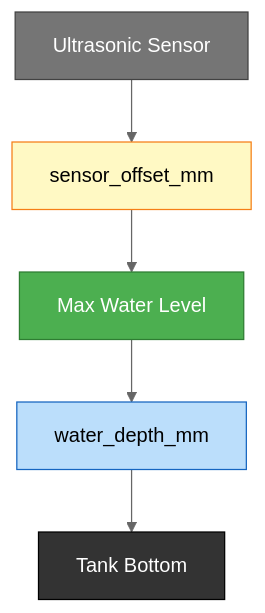
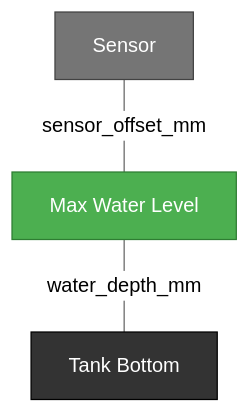
Before and after one commit to AHoran/esphome-templates: the diagram in README.md, drawn with Mermaid (neutral theme). The commit also changed other lines of this file, not shown here.

Commit message:
docs: update measurement diagram for clarity and accuracy

````diff
--- a/README.md
+++ b/README.md
@@ -123,19 +122,9 @@
 ```mermaid
-graph TD
-    S[Ultrasonic Sensor]
-    SO[sensor_offset_mm]
-    FL[Max Water Level]
-    WD[water_depth_mm]
-    TB[Tank Bottom]
-    
-    S --> SO
-    SO --> FL
-    FL --> WD
-    WD --> TB
+flowchart TD
+    S[Sensor] ---|sensor_offset_mm| WL[Max Water Level]
+    WL ---|water_depth_mm| TB[Tank Bottom]
     
     style S fill:#757575,stroke:#424242,color:#fff
-    style FL fill:#4CAF50,stroke:#2E7D32,color:#fff
+    style WL fill:#4CAF50,stroke:#2E7D32,color:#fff
     style TB fill:#333,stroke:#000,color:#fff
-    style SO fill:#FFF9C4,stroke:#F57F17,color:#000
-    style WD fill:#BBDEFB,stroke:#1565C0,color:#000
 ```
````
